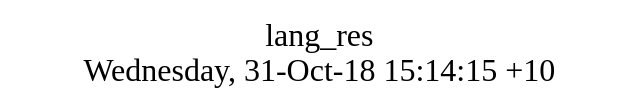
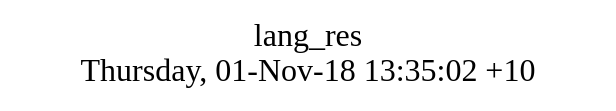
One commit to AplaProject/apps changed the diagram in src/lang_res/struct.dot. Above: the diagram before and after it, drawn with Graphviz. The commit also changed 27 other files, not shown here.

```diff
--- a/src/lang_res/struct.dot
+++ b/src/lang_res/struct.dot
@@ -1,8 +1,8 @@
 digraph G {
 fontsize="24";
-label="lang_res\nWednesday, 31-Oct-18 15:14:15 +10";
+label="lang_res\nThursday, 01-Nov-18 13:35:02 +10";
 nojustify=true;
 ordering=out;
 rankdir=LR;
 size="30";
 }
```
